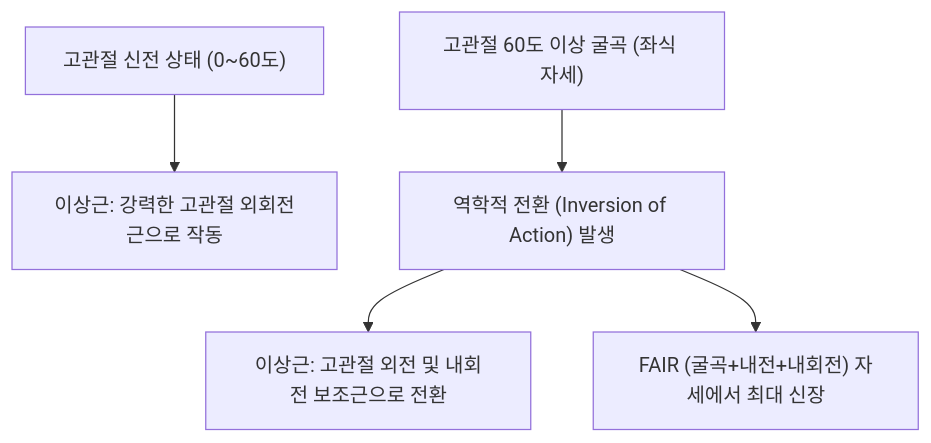
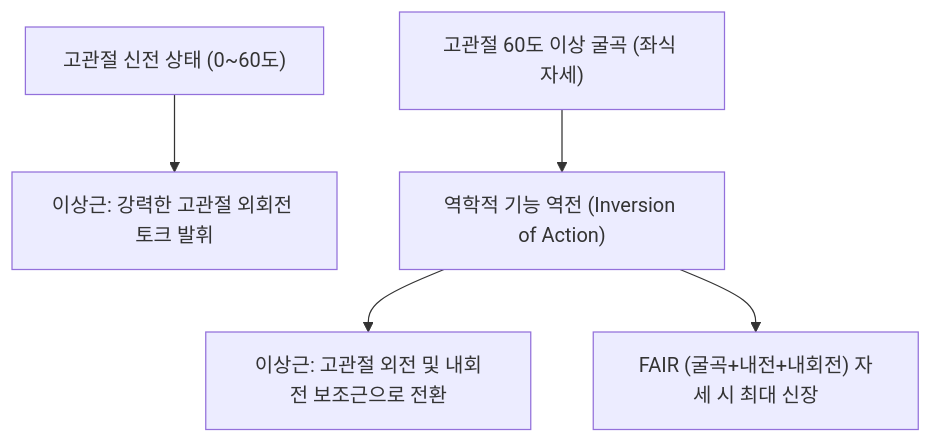
Before and after one commit to simbio11/simbio-digital-garden2: the diagram in content/1. 근골격계 공부/근육/(10) 둔부/이상근.md, drawn with Mermaid. The commit also changed other lines of this file and 150 other files, not shown here.

````diff
--- a/content/1. 근골격계 공부/근육/(10) 둔부/이상근.md
+++ b/content/1. 근골격계 공부/근육/(10) 둔부/이상근.md
@@ -46,7 +54,7 @@
 ```mermaid
 graph TD
-    HipExtension["고관절 신전 상태 (0~60도)"] --> ExternalRot["이상근: 강력한 고관절 외회전근으로 작동"]
-    HipFlexion60["고관절 60도 이상 굴곡 (좌식 자세)"] --> InversionAction["역학적 전환 (Inversion of Action) 발생"]
-    InversionAction --> AbductionInternalRot["이상근: 고관절 외전 및 내회전 보조근으로 전환"]
-    InversionAction --> FAIRStretching["FAIR (굴곡+내전+내회전) 자세에서 최대 신장"]
+    HipExt["고관절 신전 상태 (0~60도)"] --> ExtRot["이상근: 강력한 고관절 외회전 토크 발휘"]
+    HipFlex60["고관절 60도 이상 굴곡 (좌식 자세)"] --> InversionAction["역학적 기능 역전 (Inversion of Action)"]
+    InversionAction --> AbdIntRot["이상근: 고관절 외전 및 내회전 보조근으로 전환"]
+    InversionAction --> FAIRTension["FAIR (굴곡+내전+내회전) 자세 시 최대 신장"]
 ```
````
